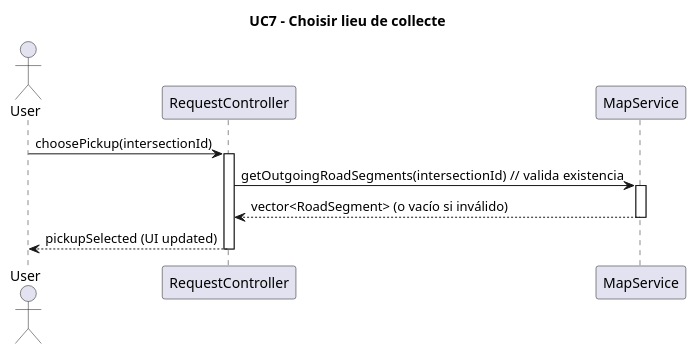
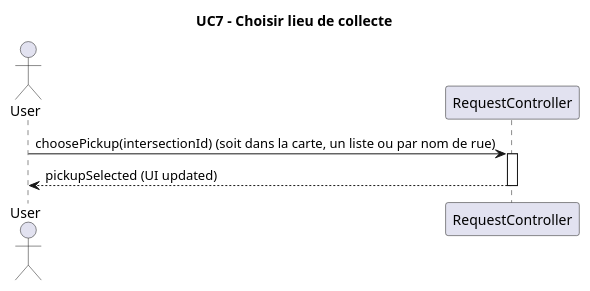
The diagram in diagrams/diagramUC7.plantuml (enzo-dosanjos/Pickup_Delivery_App), drawn with PlantUML before and after one commit. The commit also changed 29 other files, not shown here.

```diff
--- a/diagrams/diagramUC7.plantuml
+++ b/diagrams/diagramUC7.plantuml
@@ -1,18 +1,12 @@
 @startuml
 title UC7 - Choisir lieu de collecte
 
 actor User
 participant "RequestController" as RC
-participant "MapService" as MS
 
-User -> RC : choosePickup(intersectionId)
+User -> RC : choosePickup(intersectionId) (soit dans la carte, un liste ou par nom de rue)
 activate RC
-
-RC -> MS : getOutgoingRoadSegments(intersectionId)  // valida existencia
-activate MS
-MS --> RC : vector<RoadSegment> (o vacío si inválido)
-deactivate MS
 
 RC --> User : pickupSelected (UI updated)
 deactivate RC
 @enduml
```
